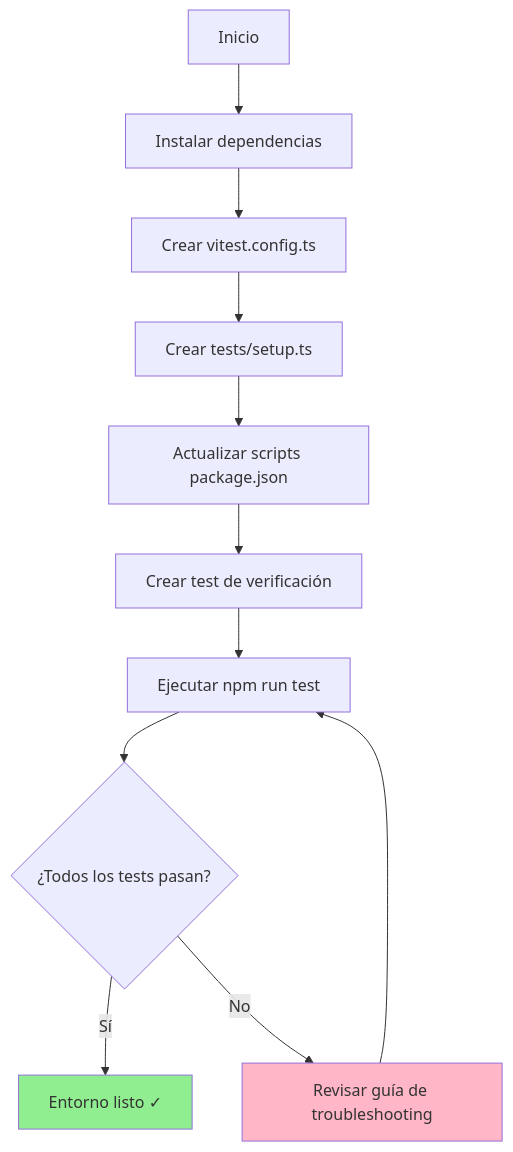
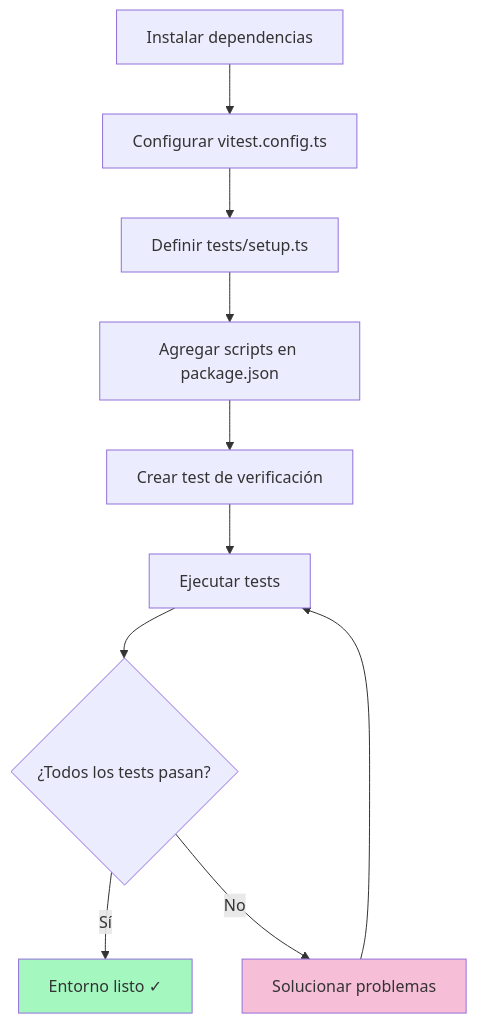
One commit to RadikeCosa/blog-astro changed the diagram in src/content/posts/side-project-nutritional-tracker-2.md. Above: the diagram before and after it, drawn with Mermaid. The commit also changed other lines of this file and 10 other files, not shown here.

````diff
--- a/src/content/posts/side-project-nutritional-tracker-2.md
+++ b/src/content/posts/side-project-nutritional-tracker-2.md
@@ -336,16 +223,14 @@
 ```mermaid
 graph TD
-    A[Inicio] --> B[Instalar dependencias]
-    B --> C[Crear vitest.config.ts]
-    C --> D[Crear tests/setup.ts]
-    D --> E[Actualizar scripts package.json]
-    E --> F[Crear test de verificación]
-    F --> G[Ejecutar npm run test]
-    G --> H{¿Todos los tests pasan?}
-    H -->|Sí| I[Entorno listo ✓]
-    H -->|No| J[Revisar guía de troubleshooting]
-    J --> G
-
-    style I fill:#90EE90
-    style J fill:#FFB6C6
+    A[Instalar dependencias] --> B[Configurar vitest.config.ts]
+    B --> C[Definir tests/setup.ts]
+    C --> D[Agregar scripts en package.json]
+    D --> E[Crear test de verificación]
+    E --> F[Ejecutar tests]
+    F --> G{¿Todos los tests pasan?}
+    G -->|Sí| H[Entorno listo ✓]
+    G -->|No| I[Solucionar problemas]
+    I --> F
+    style H fill:#A3F7BF
+    style I fill:#F7BFD7
 ```
````
